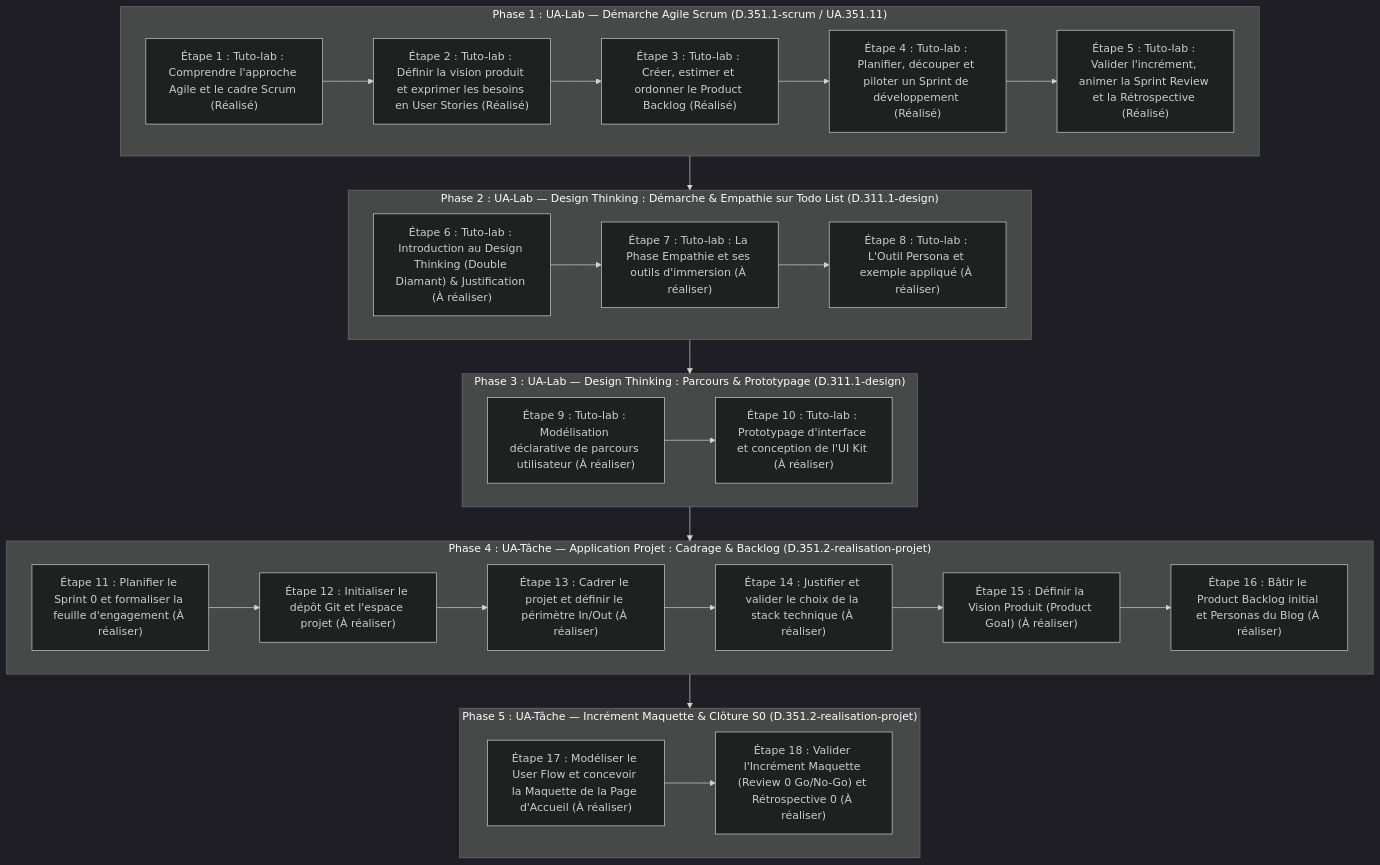
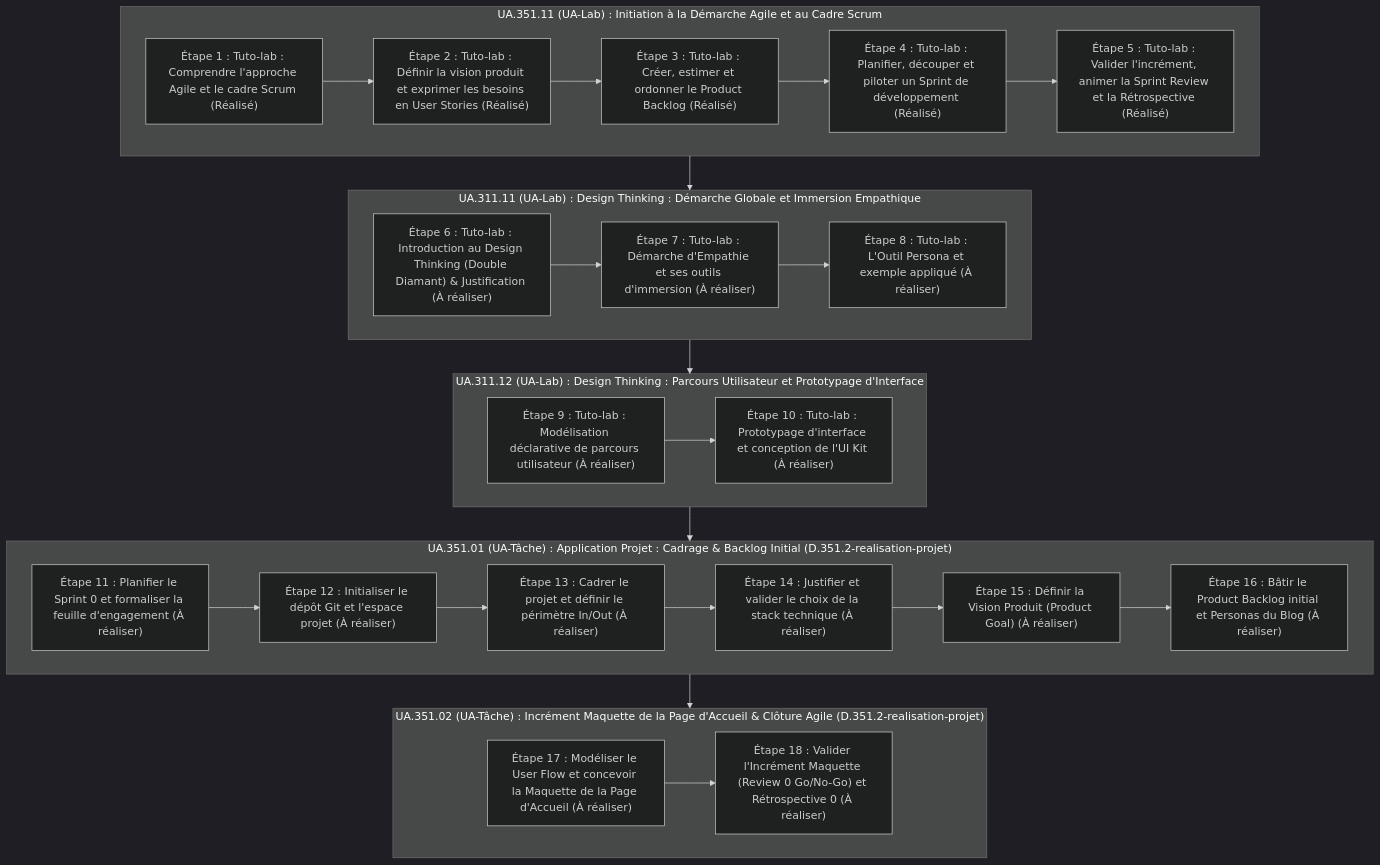
The diagram in flux-travail/sessions/flux-travail-s0.md (labs-web/projet-imiation-n3), drawn with Mermaid (dark theme) before and after one commit. The commit also changed other lines of this file and 5 other files, not shown here.

````diff
--- a/flux-travail/sessions/flux-travail-s0.md
+++ b/flux-travail/sessions/flux-travail-s0.md
@@ -79,42 +77,42 @@
 ```mermaid
 flowchart TD
-    subgraph P1 ["Phase 1 : UA-Lab — Démarche Agile Scrum (D.351.1-scrum / UA.351.11)"]
+    subgraph UA1 ["UA.351.11 (UA-Lab) : Initiation à la Démarche Agile et au Cadre Scrum"]
         E1["Étape 1 : Tuto-lab : Comprendre l'approche Agile et le cadre Scrum (Réalisé)"]
         E2["Étape 2 : Tuto-lab : Définir la vision produit et exprimer les besoins en User Stories (Réalisé)"]
         E3["Étape 3 : Tuto-lab : Créer, estimer et ordonner le Product Backlog (Réalisé)"]
         E4["Étape 4 : Tuto-lab : Planifier, découper et piloter un Sprint de développement (Réalisé)"]
         E5["Étape 5 : Tuto-lab : Valider l'incrément, animer la Sprint Review et la Rétrospective (Réalisé)"]
         E1 --> E2 --> E3 --> E4 --> E5
     end
 
-    subgraph P2 ["Phase 2 : UA-Lab — Design Thinking : Démarche & Empathie sur Todo List (D.311.1-design)"]
+    subgraph UA2 ["UA.311.11 (UA-Lab) : Design Thinking : Démarche Globale et Immersion Empathique"]
         E6["Étape 6 : Tuto-lab : Introduction au Design Thinking (Double Diamant) & Justification (À réaliser)"]
-        E7["Étape 7 : Tuto-lab : La Phase Empathie et ses outils d'immersion (À réaliser)"]
+        E7["Étape 7 : Tuto-lab : Démarche d'Empathie et ses outils d'immersion (À réaliser)"]
         E8["Étape 8 : Tuto-lab : L'Outil Persona et exemple appliqué (À réaliser)"]
         E6 --> E7 --> E8
     end
 
-    subgraph P3 ["Phase 3 : UA-Lab — Design Thinking : Parcours & Prototypage (D.311.1-design)"]
+    subgraph UA3 ["UA.311.12 (UA-Lab) : Design Thinking : Parcours Utilisateur et Prototypage d'Interface"]
         E9["Étape 9 : Tuto-lab : Modélisation déclarative de parcours utilisateur (À réaliser)"]
         E10["Étape 10 : Tuto-lab : Prototypage d'interface et conception de l'UI Kit (À réaliser)"]
         E9 --> E10
     end
 
-    subgraph P4 ["Phase 4 : UA-Tâche — Application Projet : Cadrage & Backlog (D.351.2-realisation-projet)"]
+    subgraph UA4 ["UA.351.01 (UA-Tâche) : Application Projet : Cadrage & Backlog Initial (D.351.2-realisation-projet)"]
         E11["Étape 11 : Planifier le Sprint 0 et formaliser la feuille d'engagement (À réaliser)"]
         E12["Étape 12 : Initialiser le dépôt Git et l'espace projet (À réaliser)"]
         E13["Étape 13 : Cadrer le projet et définir le périmètre In/Out (À réaliser)"]
         E14["Étape 14 : Justifier et valider le choix de la stack technique (À réaliser)"]
         E15["Étape 15 : Définir la Vision Produit (Product Goal) (À réaliser)"]
         E16["Étape 16 : Bâtir le Product Backlog initial et Personas du Blog (À réaliser)"]
         E11 --> E12 --> E13 --> E14 --> E15 --> E16
     end
 
-    subgraph P5 ["Phase 5 : UA-Tâche — Incrément Maquette & Clôture S0 (D.351.2-realisation-projet)"]
+    subgraph UA5 ["UA.351.02 (UA-Tâche) : Incrément Maquette de la Page d'Accueil & Clôture Agile (D.351.2-realisation-projet)"]
         E17["Étape 17 : Modéliser le User Flow et concevoir la Maquette de la Page d'Accueil (À réaliser)"]
         E18["Étape 18 : Valider l'Incrément Maquette (Review 0 Go/No-Go) et Rétrospective 0 (À réaliser)"]
         E17 --> E18
     end
 
-    P1 --> P2 --> P3 --> P4 --> P5
+    UA1 --> UA2 --> UA3 --> UA4 --> UA5
 ```
````
